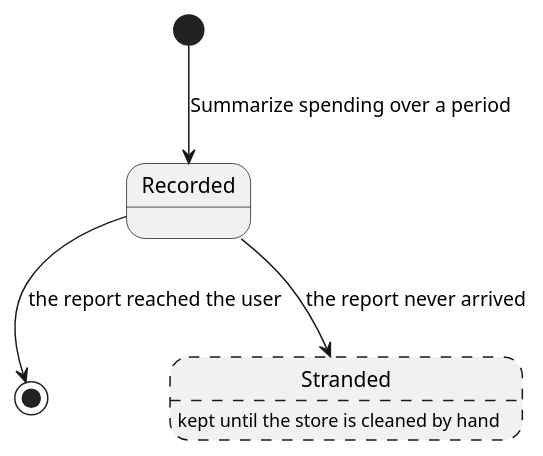
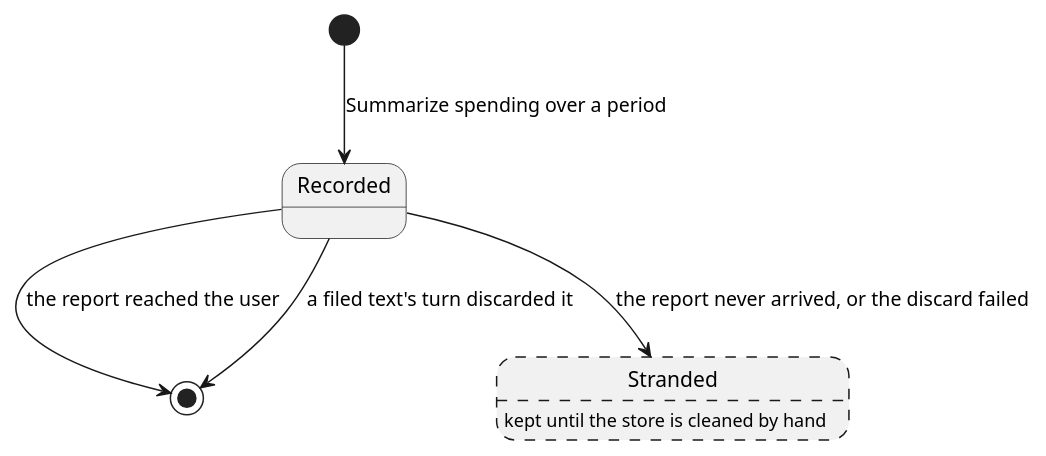
Before and after one commit to ds-usova/finance-bot: the diagram in ledger-service/docs/domain/spending-query.md, drawn with PlantUML. The commit also changed other lines of this file and 21 other files, not shown here.

````diff
--- a/ledger-service/docs/domain/spending-query.md
+++ b/ledger-service/docs/domain/spending-query.md
@@ -29,8 +26,9 @@
 ```plantuml
 @startuml
 [*] --> Recorded : Summarize spending over a period
 Recorded --> [*] : the report reached the user
-Recorded --> Stranded : the report never arrived
+Recorded --> [*] : a filed text's turn discarded it
+Recorded --> Stranded : the report never arrived, or the discard failed
 state Stranded #line.dashed : kept until the store is cleaned by hand
 @enduml
 ```
````
